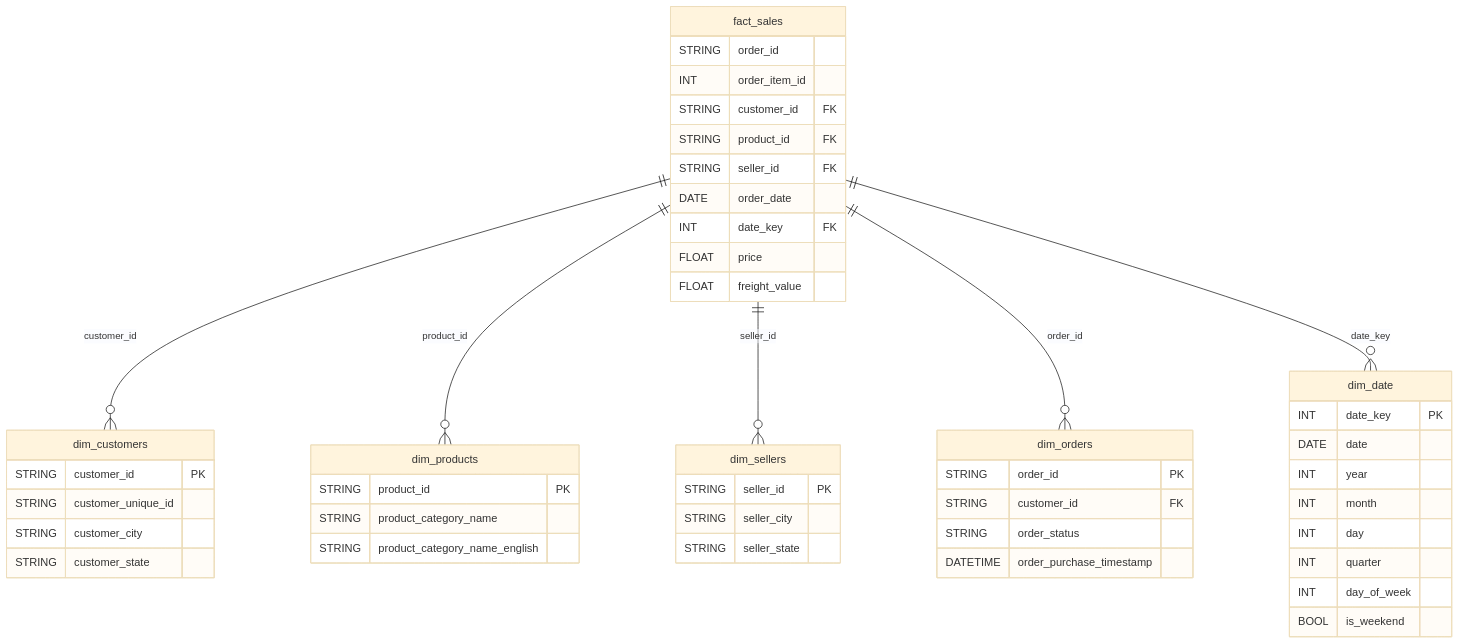
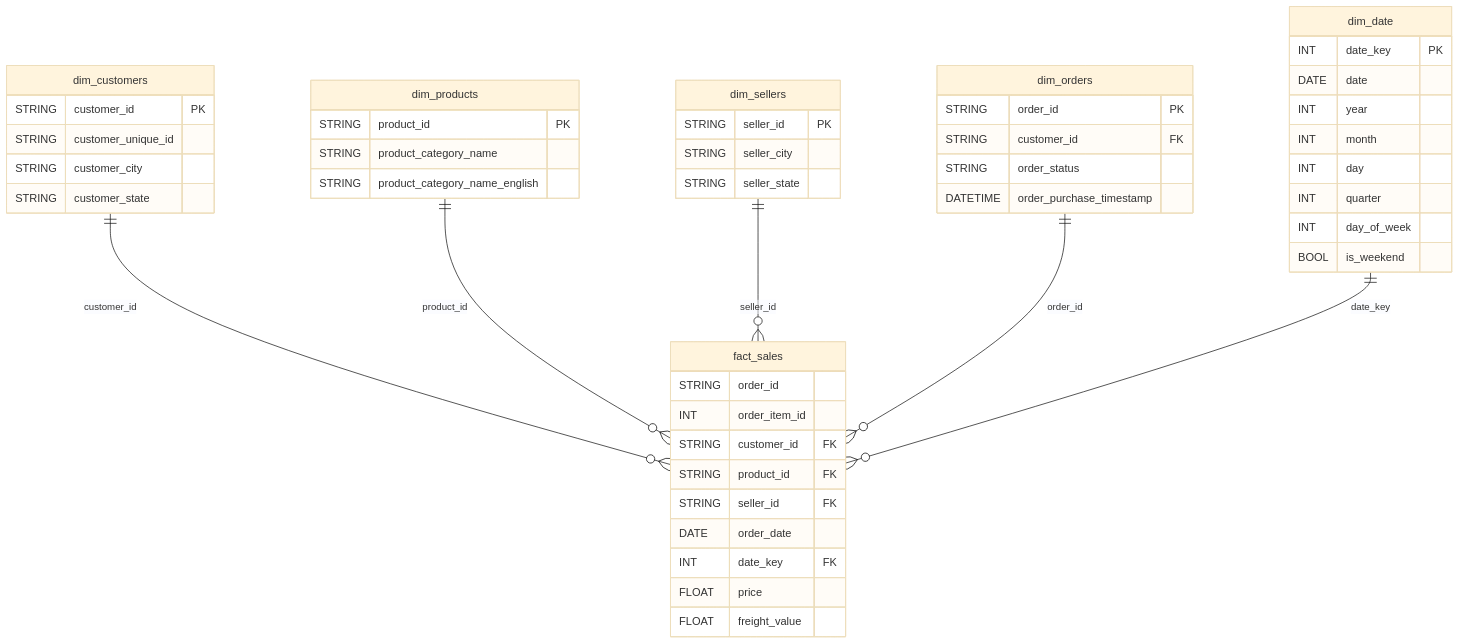
The diagram in README.md (virgiawanprima/ecommerce-etl-airflow-bigquery), drawn with Mermaid (base theme) before and after one commit. The commit also changed other lines of this file, not shown here.

Commit message:
fix(docs): correct ER diagram cardinality and update velocity range

````diff
--- a/README.md
+++ b/README.md
@@ -32,57 +32,57 @@
 ```mermaid
 erDiagram
-    fact_sales ||--o{ dim_customers : "customer_id"
-    fact_sales ||--o{ dim_products : "product_id"
-    fact_sales ||--o{ dim_sellers : "seller_id"
-    fact_sales ||--o{ dim_orders : "order_id"
-    fact_sales ||--o{ dim_date : "date_key"
+    dim_customers ||--o{ fact_sales : "customer_id"
+    dim_products ||--o{ fact_sales : "product_id"
+    dim_sellers ||--o{ fact_sales : "seller_id"
+    dim_orders ||--o{ fact_sales : "order_id"
+    dim_date ||--o{ fact_sales : "date_key"
 
     fact_sales {
         STRING order_id
         INT order_item_id
         STRING customer_id FK
         STRING product_id FK
         STRING seller_id FK
         DATE order_date
         INT date_key FK
         FLOAT price
         FLOAT freight_value
     }
 
     dim_customers {
         STRING customer_id PK
         STRING customer_unique_id
         STRING customer_city
         STRING customer_state
     }
 
     dim_products {
         STRING product_id PK
         STRING product_category_name
         STRING product_category_name_english
     }
 
     dim_sellers {
         STRING seller_id PK
         STRING seller_city
         STRING seller_state
     }
 
     dim_orders {
         STRING order_id PK
         STRING customer_id FK
         STRING order_status
         DATETIME order_purchase_timestamp
     }
 
     dim_date {
         INT date_key PK
         DATE date
         INT year
         INT month
         INT day
         INT quarter
         INT day_of_week
         BOOL is_weekend
     }
 ```
````
